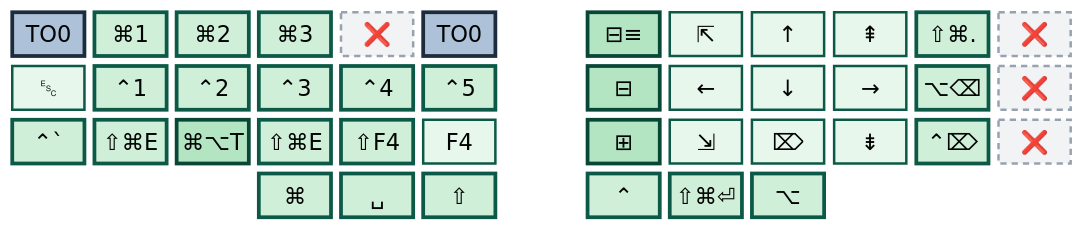
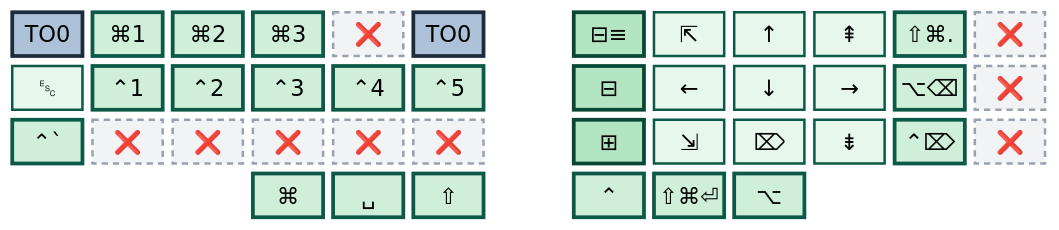
Before and after one commit to abloch/zmk-corne: the third of 6 diagrams in README.md, drawn with Mermaid. The commit also changed other lines of this file and 2 other files, not shown here.

````diff
--- a/README.md
+++ b/README.md
@@ -126,22 +126,22 @@
 ```mermaid
 %%{init: {'theme':'base','themeVariables':{'primaryColor':'#e8f7ec','primaryTextColor':'#06241c','primaryBorderColor':'#0b5946','nodeTextColor':'#06241c','textColor':'#06241c','mainBkg':'#e8f7ec','fontSize':'18px'}}}%%
 block
 columns 13
 
   to0["TO0"] g1["⌘1"] g2["⌘2"] g3["⌘3"] x1["❌"] t0b["TO0"] space fa["⊟≡"] hom["⇱"] up["↑"] pgu["⇞"] emj["⇧⌘."] x2["❌"]
   esc["␛"] c1["⌃1"] c2["⌃2"] c3["⌃3"] c4["⌃4"] c5["⌃5"] space fo["⊟"] lft["←"] dn["↓"] rgt["→"] abs["⌥⌫"] x3["❌"]
-  cgr["⌃` "] e1["⇧⌘E"] gat["⌘⌥T"] e2["⇧⌘E"] sf4["⇧F4"] f4["F4"] space uf["⊞"] endk["⇲"] del["⌦"] pgd["⇟"] cdl["⌃⌦"] x4["❌"]
+  cgr["⌃` "] xa["❌"] xb["❌"] xc["❌"] xd["❌"] xe["❌"] space uf["⊞"] endk["⇲"] del["⌦"] pgd["⇟"] cdl["⌃⌦"] x4["❌"]
   space:3 cmd["⌘"] spc["␣"] sft["⇧"] space ctl["⌃"] sen["⇧⌘⏎"] alt["⌥"] space:3
 
   classDef plain fill:#e8f7ec,stroke:#0b5946,stroke-width:2px,color:#06241c
   classDef mod fill:#d0efd9,stroke:#0b5946,stroke-width:3px,color:#06241c
   classDef seq fill:#b3e5c2,stroke:#084736,stroke-width:3px,color:#041a14
   classDef goL0 fill:#adc2d8,stroke:#1d2c3d,stroke-width:3px,color:#060c12
   classDef dead fill:#f2f3f5,stroke:#98a2ae,stroke-width:2px,stroke-dasharray:5 4,color:#5b6673
 
-  class esc,f4,hom,up,pgu,lft,dn,rgt,endk,del,pgd plain
-  class g1,g2,g3,c1,c2,c3,c4,c5,cgr,e1,e2,sf4,emj,abs,cdl,cmd,spc,sft,ctl,sen,alt mod
-  class gat,fa,fo,uf seq
+  class esc,hom,up,pgu,lft,dn,rgt,endk,del,pgd plain
+  class g1,g2,g3,c1,c2,c3,c4,c5,cgr,emj,abs,cdl,cmd,spc,sft,ctl,sen,alt mod
+  class fa,fo,uf seq
   class to0,t0b goL0
-  class x1,x2,x3,x4,tra,trb,trc,trd,tre,trf,trg,trh,tri,trj,trk,trl,trm,trn,tro dead
+  class x1,x2,x3,x4,xa,xb,xc,xd,xe dead
 ```
````
